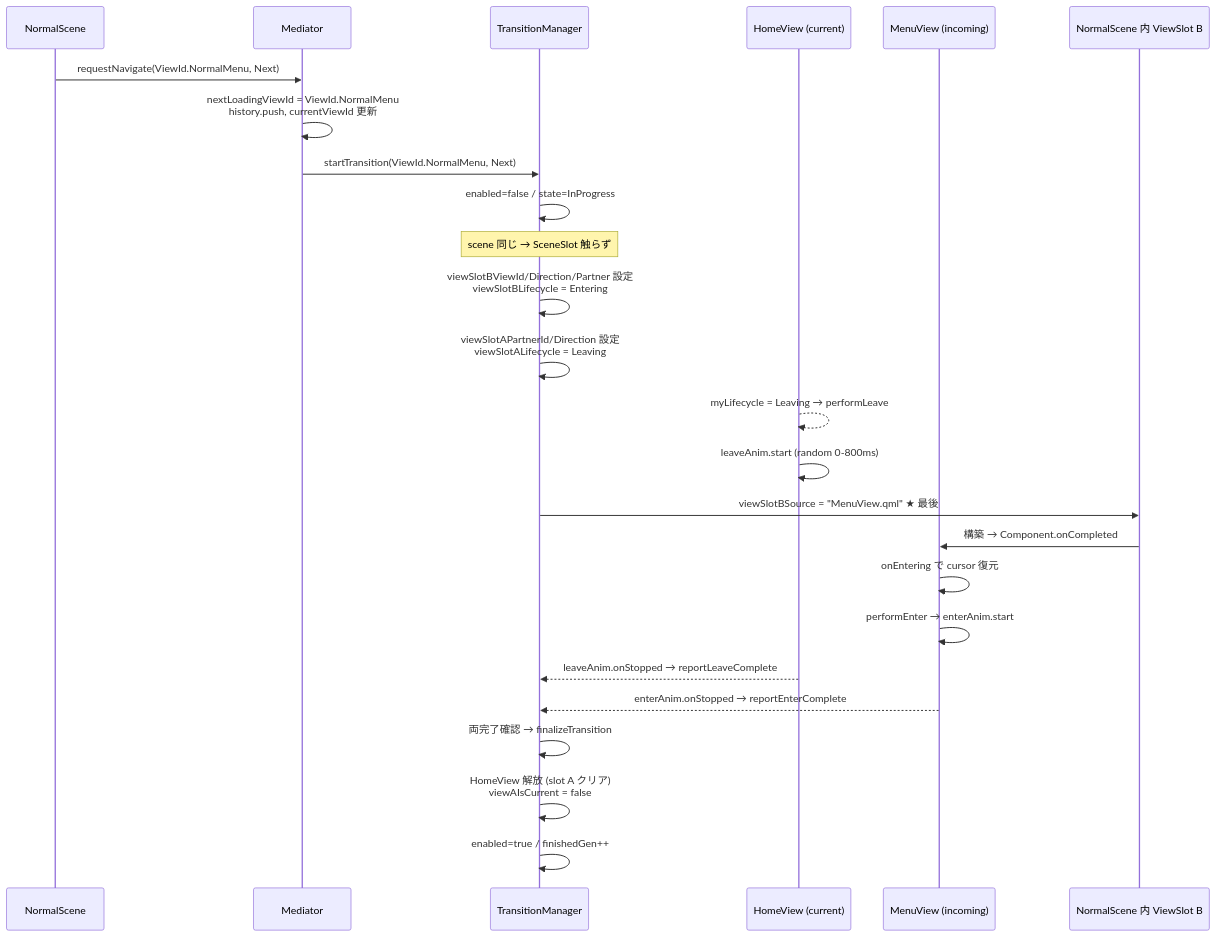
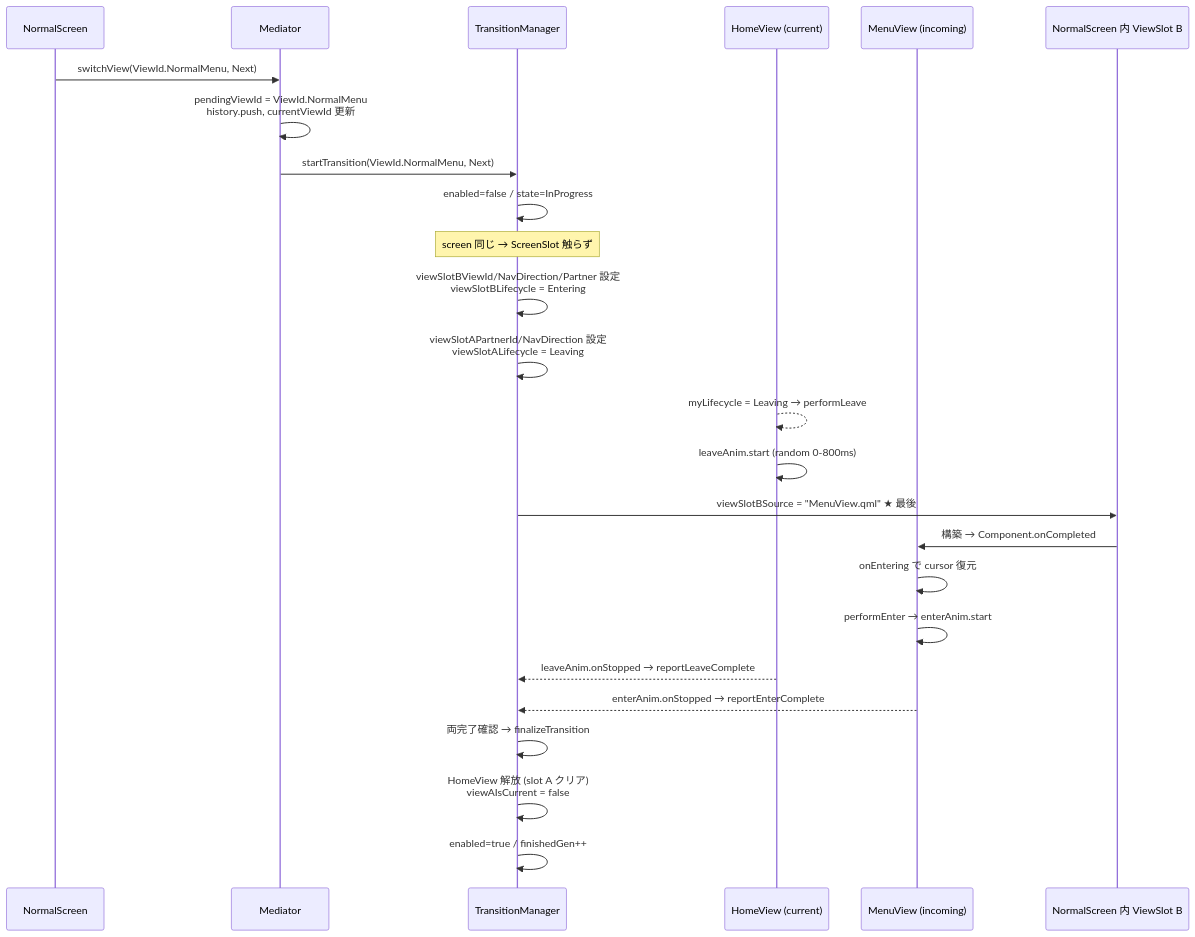
Before and after one commit to yuya-kadono/qul-loader-navigation-poc: the fifth of 11 diagrams in docs/flows.md, drawn with Mermaid. The commit also changed other lines of this file and 40 other files, not shown here.

````diff
--- a/docs/flows.md
+++ b/docs/flows.md
@@ -147,31 +150,31 @@
 ```mermaid
 sequenceDiagram
-    participant NS as NormalScene
+    participant NS as NormalScreen
     participant Med as Mediator
     participant TM as TransitionManager
     participant Home as HomeView (current)
     participant Menu as MenuView (incoming)
-    participant Loader as NormalScene 内 ViewSlot B
+    participant Loader as NormalScreen 内 ViewSlot B
 
-    NS->>Med: requestNavigate(ViewId.NormalMenu, Next)
-    Med->>Med: nextLoadingViewId = ViewId.NormalMenu<br>history.push, currentViewId 更新
+    NS->>Med: switchView(ViewId.NormalMenu, Next)
+    Med->>Med: pendingViewId = ViewId.NormalMenu<br>history.push, currentViewId 更新
     Med->>TM: startTransition(ViewId.NormalMenu, Next)
     TM->>TM: enabled=false / state=InProgress
-    Note over TM: scene 同じ → SceneSlot 触らず
+    Note over TM: screen 同じ → ScreenSlot 触らず
 
-    TM->>TM: viewSlotBViewId/Direction/Partner 設定<br>viewSlotBLifecycle = Entering
-    TM->>TM: viewSlotAPartnerId/Direction 設定<br>viewSlotALifecycle = Leaving
+    TM->>TM: viewSlotBViewId/NavDirection/Partner 設定<br>viewSlotBLifecycle = Entering
+    TM->>TM: viewSlotAPartnerId/NavDirection 設定<br>viewSlotALifecycle = Leaving
     Home-->>Home: myLifecycle = Leaving → performLeave
     Home->>Home: leaveAnim.start (random 0-800ms)
 
     TM->>Loader: viewSlotBSource = "MenuView.qml" ★ 最後
     Loader->>Menu: 構築 → Component.onCompleted
     Menu->>Menu: onEntering で cursor 復元
     Menu->>Menu: performEnter → enterAnim.start
 
     Home-->>TM: leaveAnim.onStopped → reportLeaveComplete
     Menu-->>TM: enterAnim.onStopped → reportEnterComplete
     TM->>TM: 両完了確認 → finalizeTransition
     TM->>TM: HomeView 解放 (slot A クリア)<br>viewAIsCurrent = false
     TM->>TM: enabled=true / finishedGen++
 ```
````
